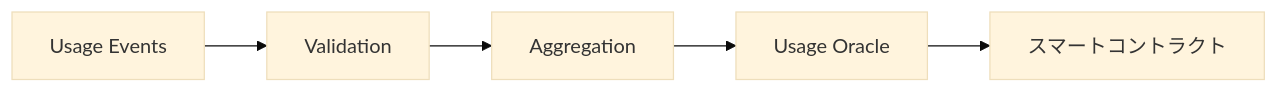
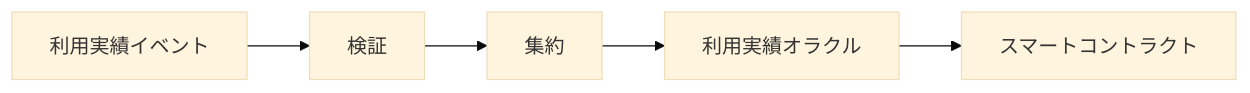
Before and after one commit to ShigeichiroYamasaki/creator-first-platform: diagram 15 of 48 in docs/whitepaper/10-security.md, drawn with Mermaid (base theme). The commit also changed other lines of this file and 72 other files, not shown here.

````diff
--- a/docs/whitepaper/10-security.md
+++ b/docs/whitepaper/10-security.md
@@ -491,10 +491,10 @@
 ```mermaid
 flowchart LR
-    EVENTS[Usage Events]
-    VALID[Validation]
-    AGG[Aggregation]
-    ORACLE[Usage Oracle]
+    EVENTS[利用実績イベント]
+    VALID[検証]
+    AGG[集約]
+    ORACLE[利用実績オラクル]
     SC[スマートコントラクト]
 
     EVENTS --> VALID --> AGG --> ORACLE --> SC
 ```
````
